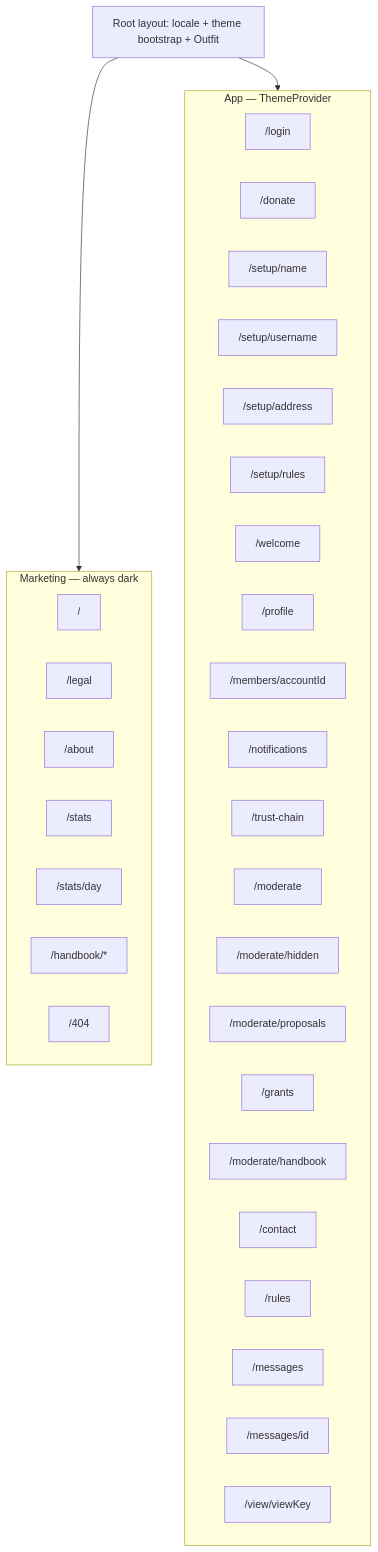
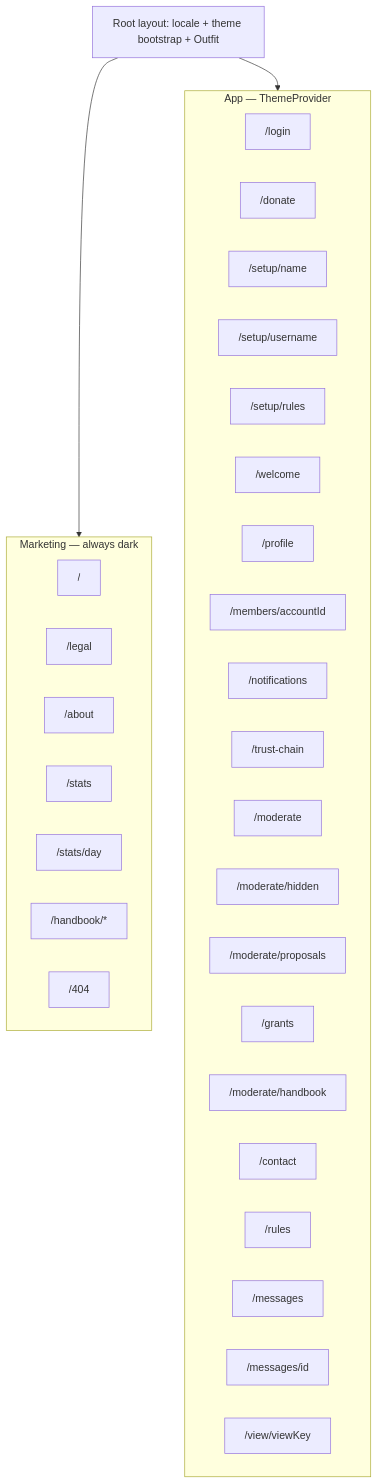
The second of 3 diagrams in docs/ui.md (21gifts/app), drawn with Mermaid before and after one commit. The commit also changed other lines of this file and 78 other files, not shown here.

````diff
--- a/docs/ui.md
+++ b/docs/ui.md
@@ -357,38 +357,37 @@
 ```mermaid
 flowchart TB
   subgraph mkt [Marketing — always dark]
     R["/"]
     L["/legal"]
     A["/about"]
     S["/stats"]
     SD["/stats/day"]
     H["/handbook/*"]
     F["/404"]
   end
   subgraph app [App — ThemeProvider]
     LI["/login"]
     DO["/donate"]
     SN["/setup/name"]
     SU["/setup/username"]
-    SA["/setup/address"]
     SR["/setup/rules"]
     W["/welcome"]
     P["/profile"]
     MEM["/members/accountId"]
     N["/notifications"]
     TC["/trust-chain"]
     MO["/moderate"]
     MOH["/moderate/hidden"]
     MOP["/moderate/proposals"]
     GR["/grants"]
     MOHB["/moderate/handbook"]
     C["/contact"]
     RU["/rules"]
     IN["/messages"]
     MID["/messages/id"]
     V["/view/viewKey"]
   end
   root[Root layout: locale + theme bootstrap + Outfit]
   root --> mkt
   root --> app
 ```
````
